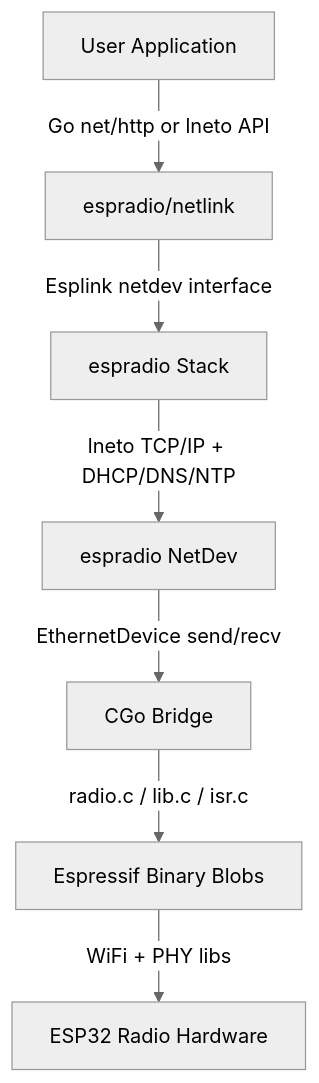
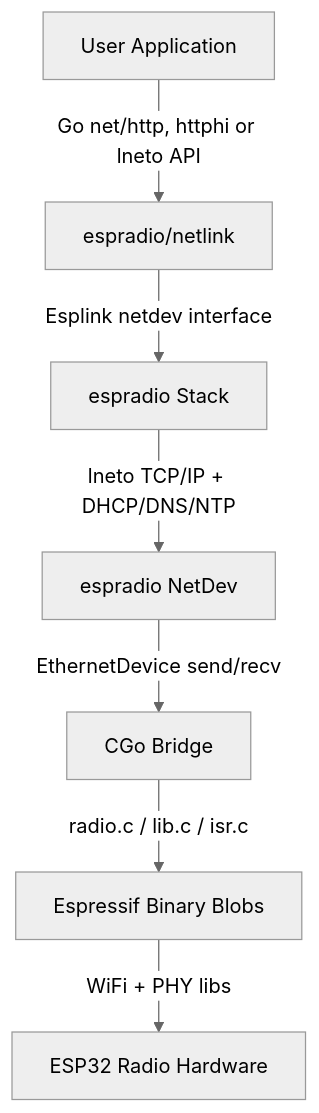
Before and after one commit to tinygo-org/espradio: the diagram in README.md, drawn with Mermaid (neutral theme). The commit also changed other lines of this file and 4 other files, not shown here.

Commit message:
bring focus away from net/http as per TinyGo monthly meet agreement

````diff
--- a/README.md
+++ b/README.md
@@ -366,12 +115,12 @@
 ```mermaid
 flowchart TD
     A["User Application"]
     B["espradio/netlink"]
     C["espradio Stack"]
     D["espradio NetDev"]
     E["CGo Bridge"]
     F["Espressif Binary Blobs"]
     G["ESP32 Radio Hardware"]
 
-    A --Go net/http or lneto API--> B --Esplink netdev interface--> C --lneto TCP/IP + DHCP/DNS/NTP--> D --EthernetDevice send/recv--> E --radio.c / lib.c / isr.c--> F --WiFi + PHY libs--> G
+    A --Go net/http, httphi or lneto API--> B --Esplink netdev interface--> C --lneto TCP/IP + DHCP/DNS/NTP--> D --EthernetDevice send/recv--> E --radio.c / lib.c / isr.c--> F --WiFi + PHY libs--> G
 ```
````
